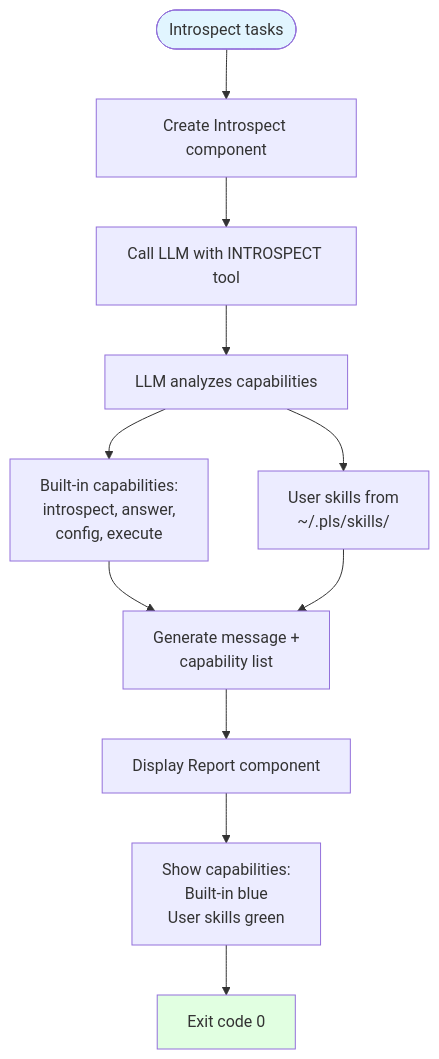
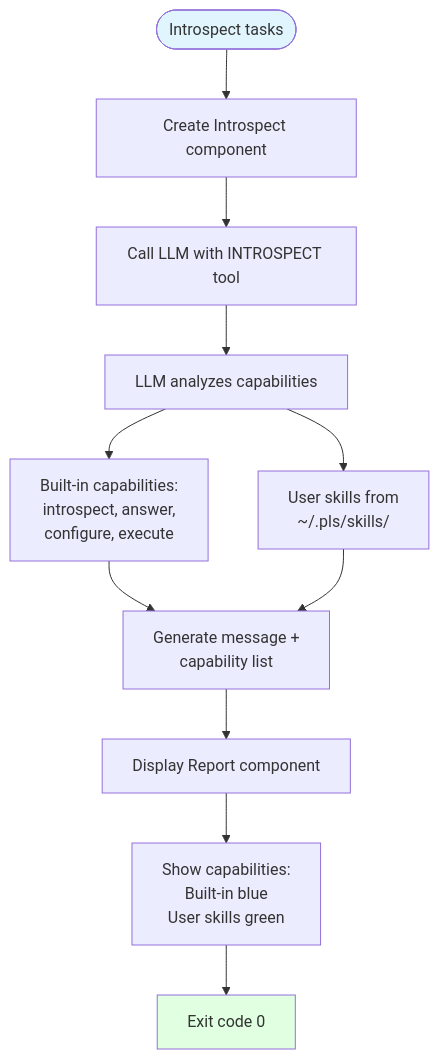
One commit to aswitalski/pls changed the sixth of 18 diagrams in FLOWS.md. Above: the diagram before and after it, drawn with Mermaid. The commit also changed other lines of this file and 2 other files, not shown here.

Commit message:
Update flow documentation to reflect codebase

````diff
--- a/FLOWS.md
+++ b/FLOWS.md
@@ -331,19 +338,19 @@
 ```mermaid
 flowchart TD
     Start([Introspect tasks]) --> CreateComp[Create Introspect component]
     CreateComp --> CallLLM[Call LLM with INTROSPECT tool]
     CallLLM --> Analyze[LLM analyzes capabilities]
 
-    Analyze --> BuiltIn[Built-in capabilities:<br/>introspect, answer,<br/>config, execute]
+    Analyze --> BuiltIn[Built-in capabilities:<br/>introspect, answer,<br/>configure, execute]
     Analyze --> Skills[User skills from<br/>~/.pls/skills/]
 
     BuiltIn --> Generate
     Skills --> Generate
 
     Generate[Generate message +<br/>capability list] --> DisplayReport[Display Report component]
     DisplayReport --> ShowList[Show capabilities:<br/>Built-in blue<br/>User skills green]
     ShowList --> Exit[Exit code 0]
 
     style Start fill:#e1f5ff
     style Exit fill:#e1ffe1
 ```
````
